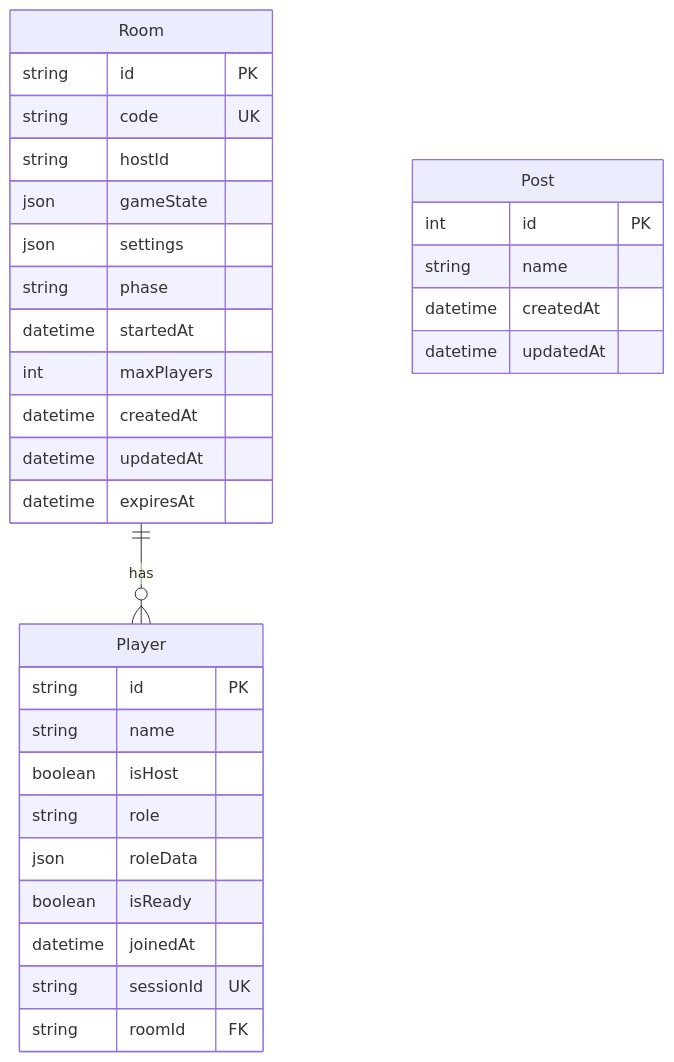
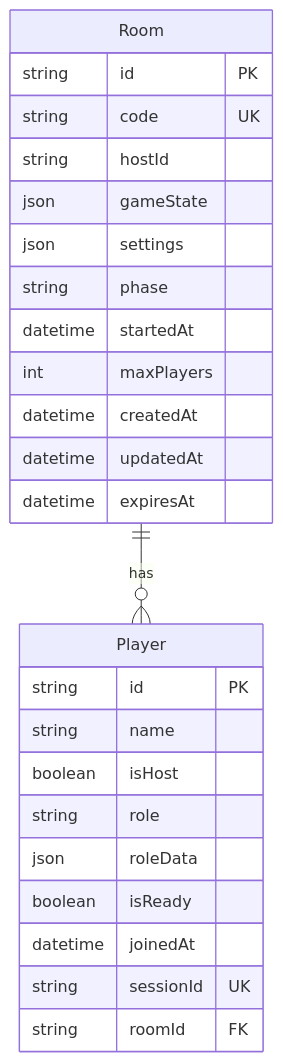
One commit to kent-leow/avalon changed the diagram in docs/erd.md. Above: the diagram before and after it, drawn with Mermaid. The commit also changed other lines of this file and 3 other files, not shown here.

Commit message:
feat: Remove unused Post table and associated index from the database schema

````diff
--- a/docs/erd.md
+++ b/docs/erd.md
@@ -158,37 +145,30 @@
 ```mermaid
 erDiagram
     Room {
         string id PK
         string code UK
         string hostId
         json gameState
         json settings
         string phase
         datetime startedAt
         int maxPlayers
         datetime createdAt
         datetime updatedAt
         datetime expiresAt
     }
     
     Player {
         string id PK
         string name
         boolean isHost
         string role
         json roleData
         boolean isReady
         datetime joinedAt
         string sessionId UK
         string roomId FK
     }
     
-    Post {
-        int id PK
-        string name
-        datetime createdAt
-        datetime updatedAt
-    }
-    
     Room ||--o{ Player : "has"
 ```
````
